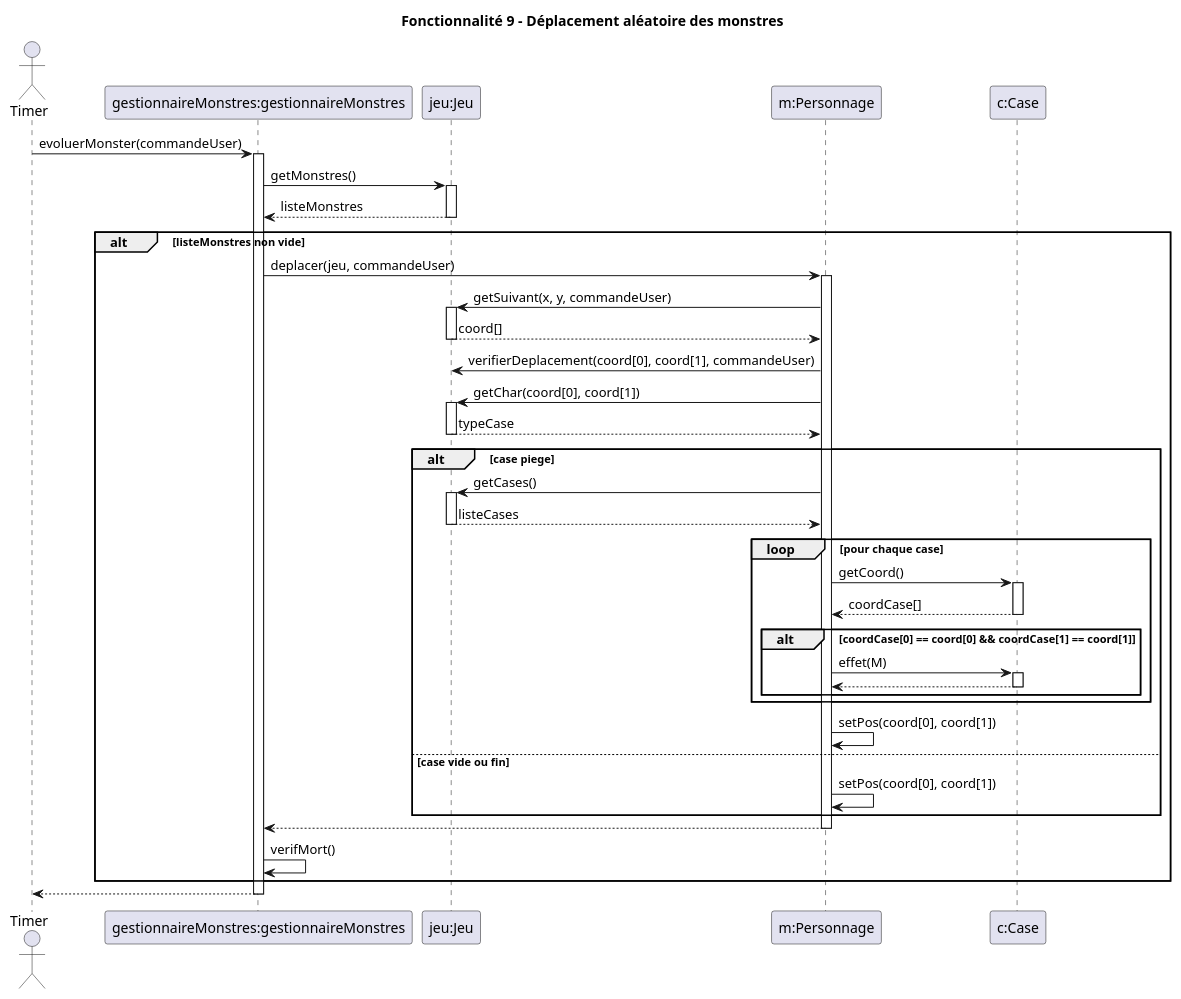
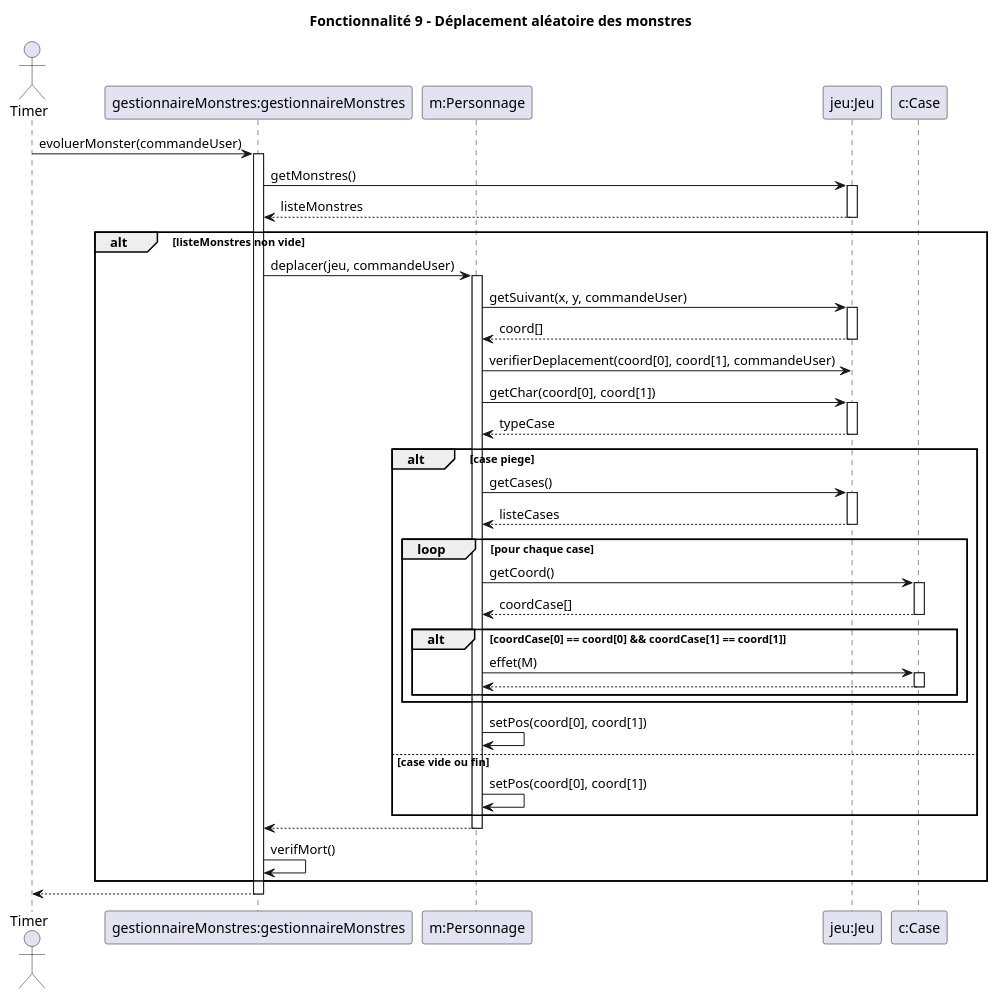
Before and after one commit to lucas-martinati-pro/SAE_S2.01_Zeldiablo-LucasM_JeanLM_PierreGSV: the diagram in documents/version_2/Diagrammes Séquence/Fonctionnalité 9.puml, drawn with PlantUML. The commit also changed other lines of this file and 9 other files, not shown here.

```diff
--- a/documents/version_2/Diagrammes Séquence/Fonctionnalité 9.puml
+++ b/documents/version_2/Diagrammes Séquence/Fonctionnalité 9.puml
@@ -1,66 +1,66 @@
 @startuml
 title Fonctionnalité 9 - Déplacement aléatoire des monstres
 
 actor Timer
 participant "gestionnaireMonstres:gestionnaireMonstres" as GM
+participant "m:Personnage" as M
 participant "jeu:Jeu" as Jeu
-participant "m:Personnage" as M
 participant "c:Case" as C
 
 Timer -> GM : evoluerMonster(commandeUser)
 activate GM
 
 GM -> Jeu : getMonstres()
 activate Jeu
 Jeu --> GM : listeMonstres
 deactivate Jeu
 
 alt listeMonstres non vide
 	GM -> M : deplacer(jeu, commandeUser)
 	activate M
 
 	M -> Jeu : getSuivant(x, y, commandeUser)
 	activate Jeu
 	Jeu --> M : coord[]
 	deactivate Jeu
 
 	M -> Jeu : verifierDeplacement(coord[0], coord[1], commandeUser)
 
 	M -> Jeu : getChar(coord[0], coord[1])
 	activate Jeu
 	Jeu --> M : typeCase
 	deactivate Jeu
 
 	alt case piege
 		M -> Jeu : getCases()
 		activate Jeu
 		Jeu --> M : listeCases
 		deactivate Jeu
 
 		loop pour chaque case
 			M -> C : getCoord()
 			activate C
 			C --> M : coordCase[]
 			deactivate C
 
 			alt coordCase[0] == coord[0] && coordCase[1] == coord[1]
                 M -> C : effet(M)
                 activate C
                 C --> M
                 deactivate C
             end
 		end
 		M -> M : setPos(coord[0], coord[1])
 	else case vide ou fin
 		M -> M : setPos(coord[0], coord[1])
 	end
 	
 	M --> GM
 	deactivate M
 	
 	GM -> GM : verifMort()
 end
 
 GM --> Timer
 deactivate GM
 @enduml
```
